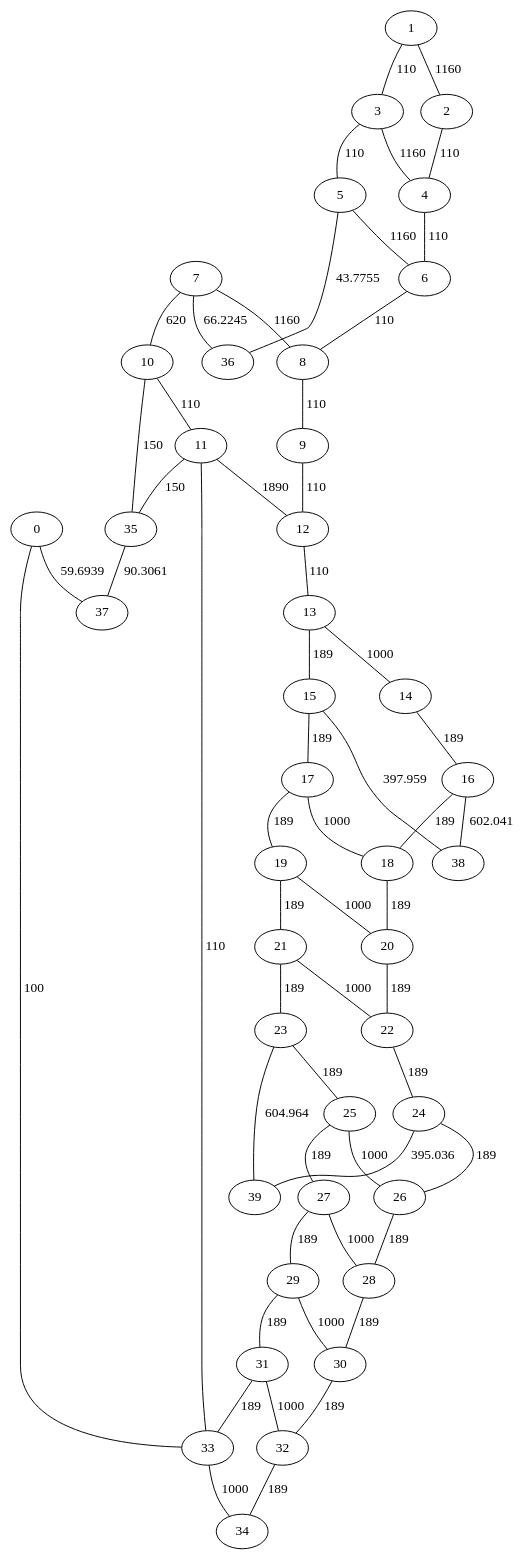
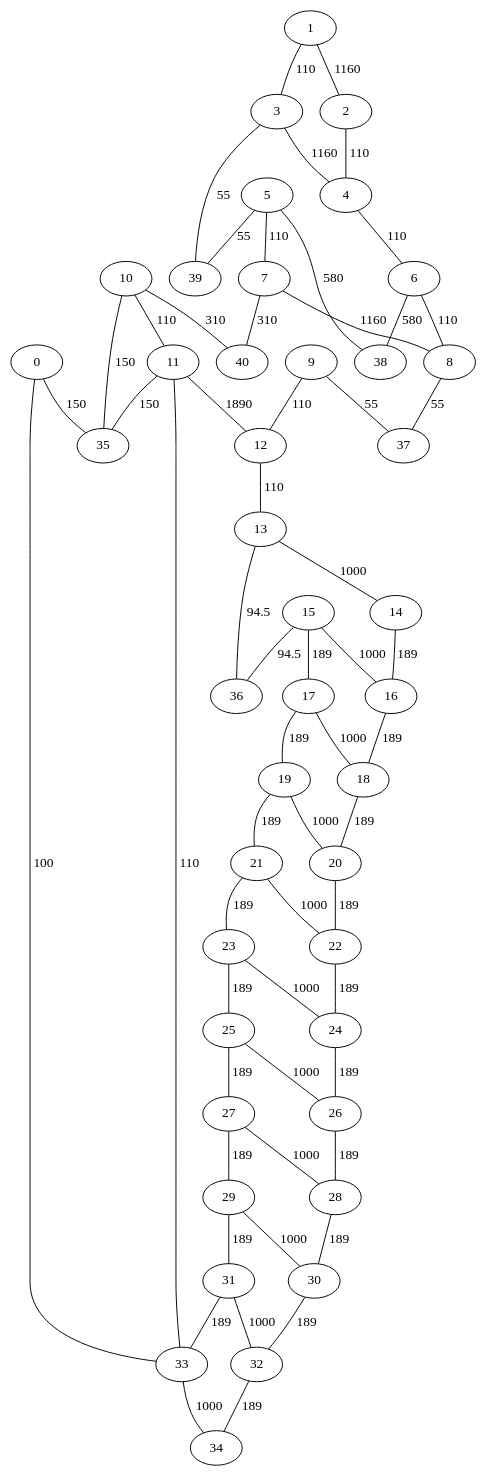
The diagram in step3.dot (EmericBraud/fil_rouge_pharma), drawn with Graphviz before and after one commit. The commit also changed 8 other files, not shown here.

```diff
--- a/step3.dot
+++ b/step3.dot
@@ -1,58 +1,59 @@
 graph Warehouse {
-    0 -- 37 [label="59.6939"];
+    0 -- 35 [label="150"];
     0 -- 33 [label="100"];
     1 -- 3 [label="110"];
     1 -- 2 [label="1160"];
     2 -- 4 [label="110"];
-    3 -- 5 [label="110"];
+    3 -- 39 [label="55"];
     3 -- 4 [label="1160"];
     4 -- 6 [label="110"];
-    5 -- 36 [label="43.7755"];
-    5 -- 6 [label="1160"];
+    5 -- 39 [label="55"];
+    5 -- 38 [label="580"];
+    5 -- 7 [label="110"];
+    6 -- 38 [label="580"];
     6 -- 8 [label="110"];
-    7 -- 36 [label="66.2245"];
-    7 -- 10 [label="620"];
+    7 -- 40 [label="310"];
     7 -- 8 [label="1160"];
-    8 -- 9 [label="110"];
+    8 -- 37 [label="55"];
+    9 -- 37 [label="55"];
     9 -- 12 [label="110"];
+    10 -- 40 [label="310"];
     10 -- 35 [label="150"];
     10 -- 11 [label="110"];
     11 -- 35 [label="150"];
     11 -- 33 [label="110"];
     11 -- 12 [label="1890"];
     12 -- 13 [label="110"];
-    13 -- 15 [label="189"];
+    13 -- 36 [label="94.5"];
     13 -- 14 [label="1000"];
     14 -- 16 [label="189"];
-    15 -- 38 [label="397.959"];
+    15 -- 36 [label="94.5"];
     15 -- 17 [label="189"];
-    16 -- 38 [label="602.041"];
+    15 -- 16 [label="1000"];
     16 -- 18 [label="189"];
     17 -- 19 [label="189"];
     17 -- 18 [label="1000"];
     18 -- 20 [label="189"];
     19 -- 21 [label="189"];
     19 -- 20 [label="1000"];
     20 -- 22 [label="189"];
     21 -- 23 [label="189"];
     21 -- 22 [label="1000"];
     22 -- 24 [label="189"];
-    23 -- 39 [label="604.964"];
     23 -- 25 [label="189"];
-    24 -- 39 [label="395.036"];
+    23 -- 24 [label="1000"];
     24 -- 26 [label="189"];
     25 -- 27 [label="189"];
     25 -- 26 [label="1000"];
     26 -- 28 [label="189"];
     27 -- 29 [label="189"];
     27 -- 28 [label="1000"];
     28 -- 30 [label="189"];
     29 -- 31 [label="189"];
     29 -- 30 [label="1000"];
     30 -- 32 [label="189"];
     31 -- 33 [label="189"];
     31 -- 32 [label="1000"];
     32 -- 34 [label="189"];
     33 -- 34 [label="1000"];
-    35 -- 37 [label="90.3061"];
 }
```
